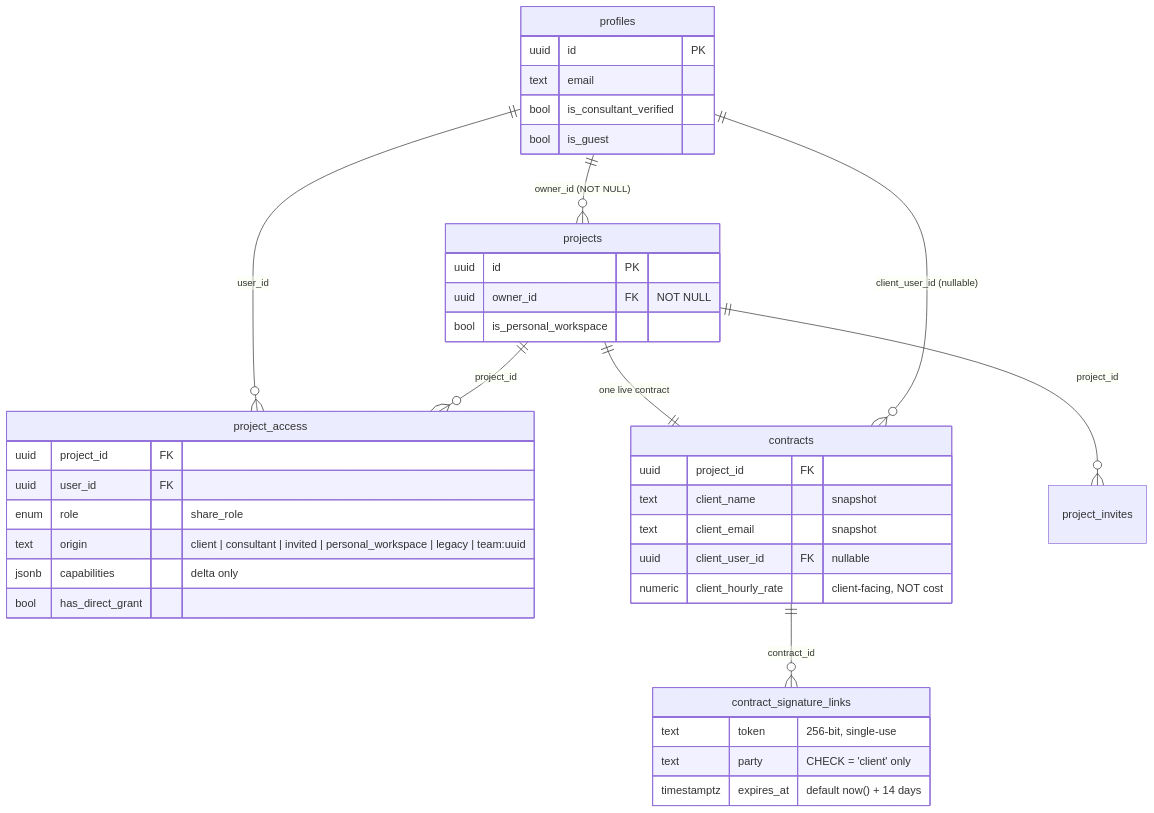
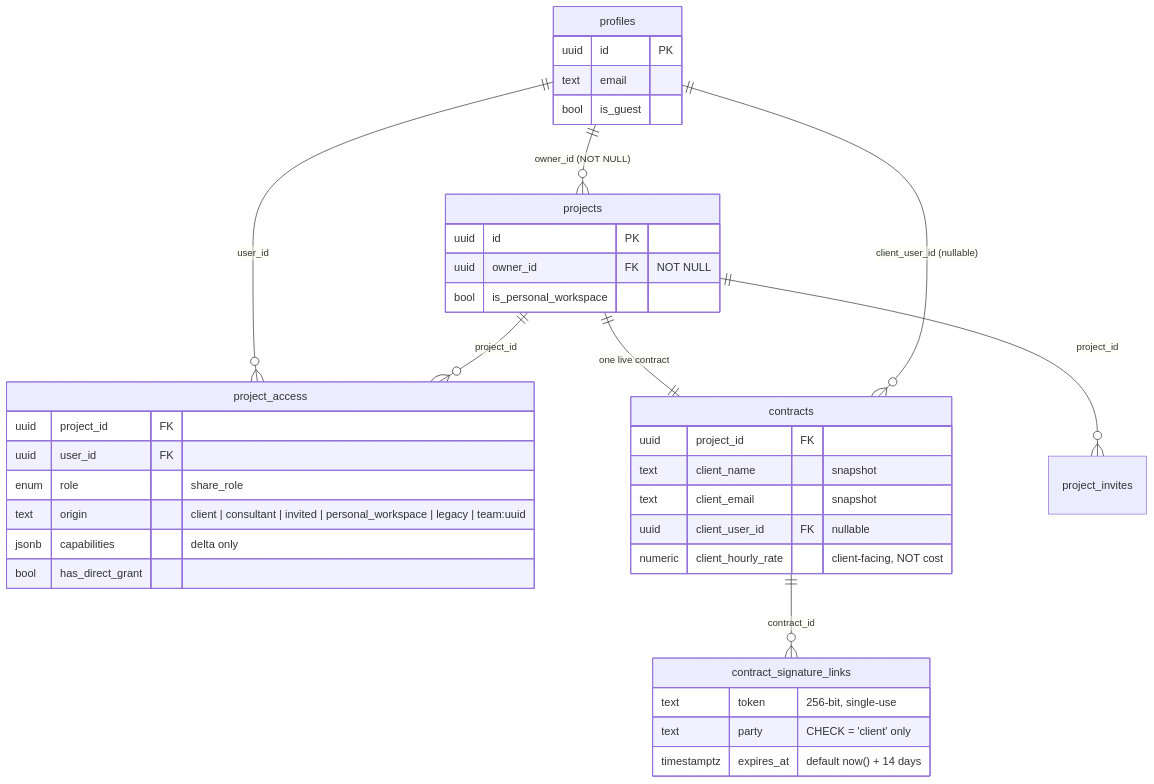
The second of 2 diagrams in docs/11-domains/clients/client-structure.md (DavidBatoDev/proyekto), drawn with Mermaid before and after one commit. The commit also changed other lines of this file and 28 other files, not shown here.

````diff
--- a/docs/11-domains/clients/client-structure.md
+++ b/docs/11-domains/clients/client-structure.md
@@ -63,42 +63,41 @@
 ```mermaid
 erDiagram
     profiles ||--o{ projects : "owner_id (NOT NULL)"
     profiles ||--o{ project_access : user_id
     projects ||--o{ project_access : project_id
     projects ||--|| contracts : "one live contract"
     profiles ||--o{ contracts : "client_user_id (nullable)"
     contracts ||--o{ contract_signature_links : contract_id
     projects ||--o{ project_invites : project_id
 
     profiles {
         uuid id PK
         text email
-        bool is_consultant_verified
         bool is_guest
     }
     projects {
         uuid id PK
         uuid owner_id FK "NOT NULL"
         bool is_personal_workspace
     }
     project_access {
         uuid project_id FK
         uuid user_id FK
         enum role "share_role"
         text origin "client | consultant | invited | personal_workspace | legacy | team:uuid"
         jsonb capabilities "delta only"
         bool has_direct_grant
     }
     contracts {
         uuid project_id FK
         text client_name "snapshot"
         text client_email "snapshot"
         uuid client_user_id FK "nullable"
         numeric client_hourly_rate "client-facing, NOT cost"
     }
     contract_signature_links {
         text token "256-bit, single-use"
         text party "CHECK = 'client' only"
         timestamptz expires_at "default now() + 14 days"
     }
 ```
````
